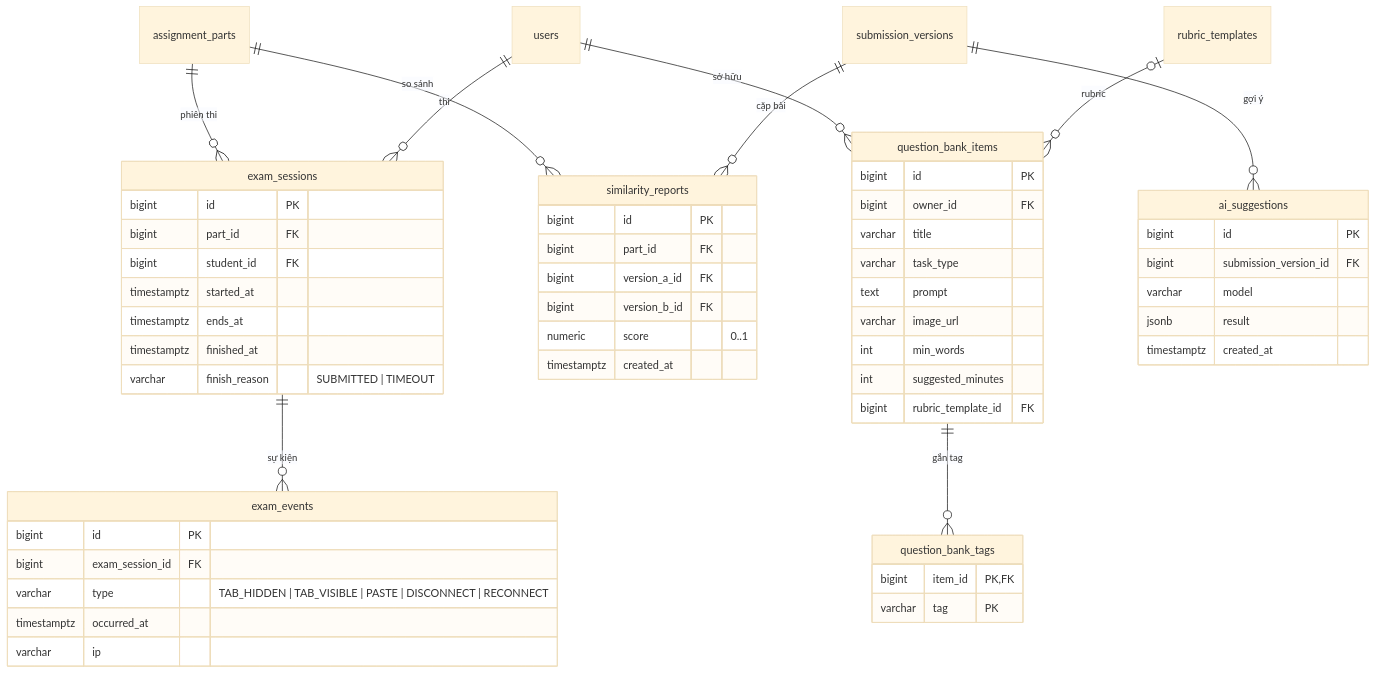
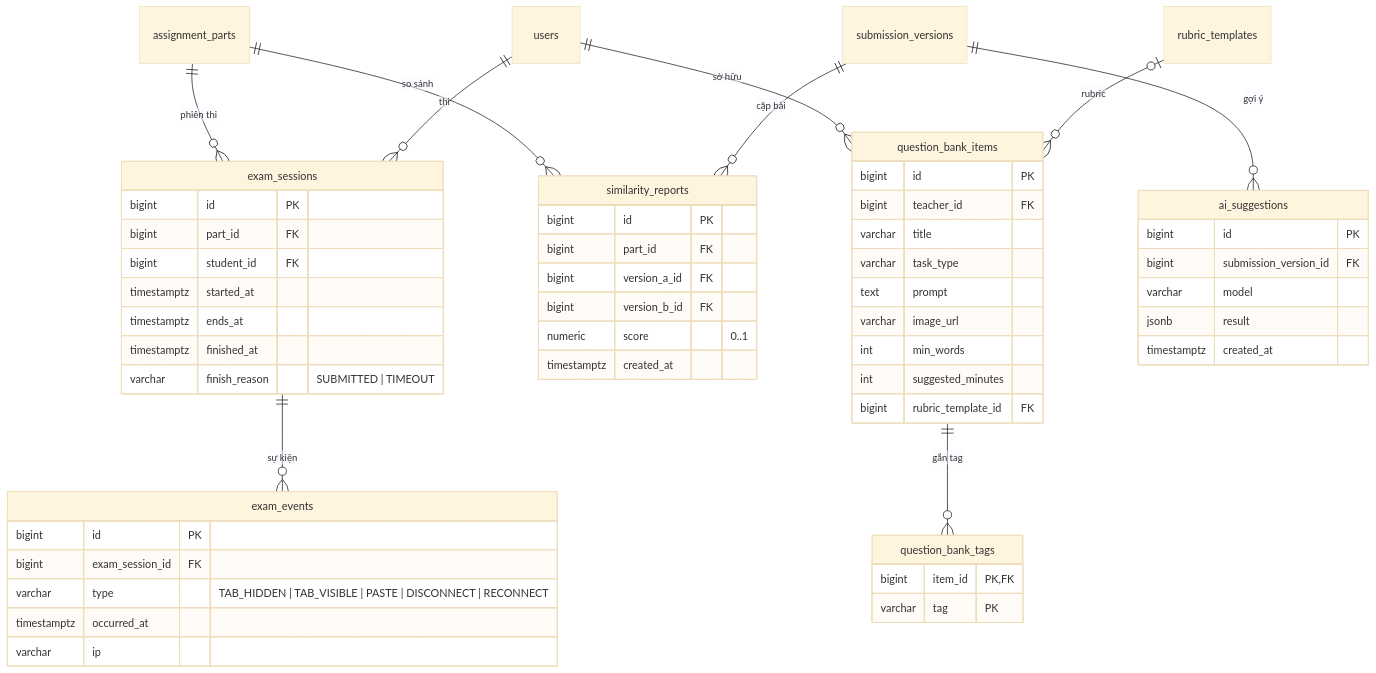
Before and after one commit to duckkthoi/ielts-system: the fifth of 5 diagrams in docs/04-erd.md, drawn with Mermaid (base theme). The commit also changed other lines of this file and 57 other files, not shown here.

````diff
--- a/docs/04-erd.md
+++ b/docs/04-erd.md
@@ -339,59 +350,59 @@
 ```mermaid
 erDiagram
     assignment_parts ||--o{ exam_sessions : "phiên thi"
     users ||--o{ exam_sessions : "thi"
     exam_sessions ||--o{ exam_events : "sự kiện"
     assignment_parts ||--o{ similarity_reports : "so sánh"
     submission_versions ||--o{ similarity_reports : "cặp bài"
     users ||--o{ question_bank_items : "sở hữu"
     rubric_templates |o--o{ question_bank_items : "rubric"
     question_bank_items ||--o{ question_bank_tags : "gắn tag"
     submission_versions ||--o{ ai_suggestions : "gợi ý"
 
     exam_sessions {
         bigint id PK
         bigint part_id FK
         bigint student_id FK
         timestamptz started_at
         timestamptz ends_at
         timestamptz finished_at
         varchar finish_reason "SUBMITTED | TIMEOUT"
     }
     exam_events {
         bigint id PK
         bigint exam_session_id FK
         varchar type "TAB_HIDDEN | TAB_VISIBLE | PASTE | DISCONNECT | RECONNECT"
         timestamptz occurred_at
         varchar ip
     }
     similarity_reports {
         bigint id PK
         bigint part_id FK
         bigint version_a_id FK
         bigint version_b_id FK
         numeric score "0..1"
         timestamptz created_at
     }
     question_bank_items {
         bigint id PK
-        bigint owner_id FK
+        bigint teacher_id FK
         varchar title
         varchar task_type
         text prompt
         varchar image_url
         int min_words
         int suggested_minutes
         bigint rubric_template_id FK
     }
     question_bank_tags {
         bigint item_id PK, FK
         varchar tag PK
     }
     ai_suggestions {
         bigint id PK
         bigint submission_version_id FK
         varchar model
         jsonb result
         timestamptz created_at
     }
 ```
````
